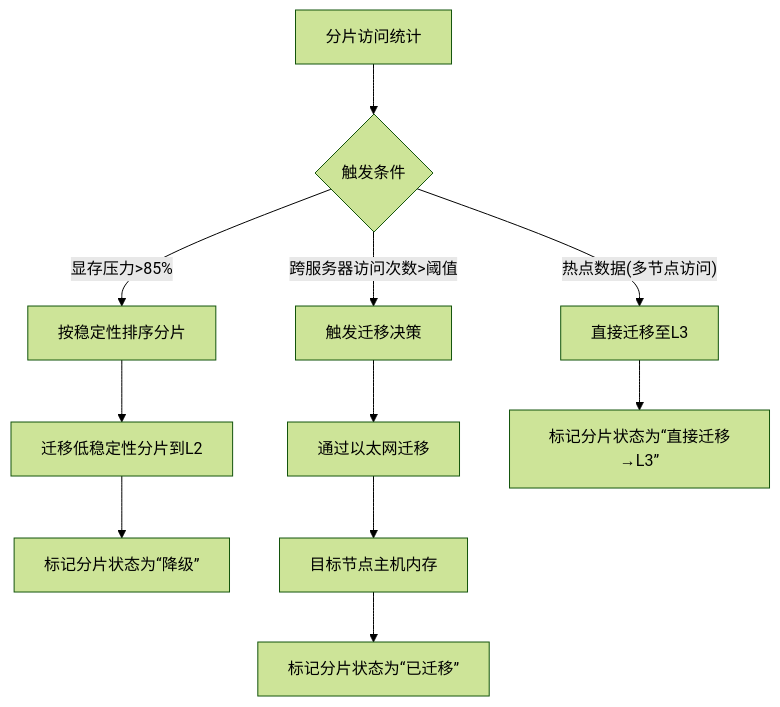
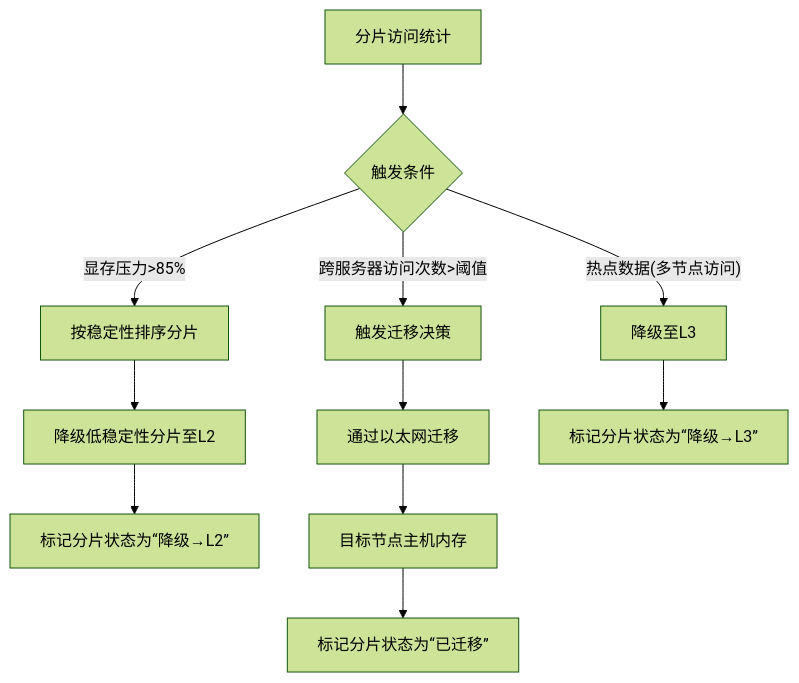
The third of 5 diagrams in README.md (hiicl/Helios-Calculation), drawn with Mermaid (forest theme) before and after one commit. The commit also changed other lines of this file, not shown here.

````diff
--- a/README.md
+++ b/README.md
@@ -177,13 +177,13 @@
 ```mermaid
 graph TB
     A[分片访问统计] --> B{触发条件}
     B -->|显存压力>85%| C[按稳定性排序分片]
     B -->|跨服务器访问次数>阈值| D[触发迁移决策]
-    B -->|"热点数据(多节点访问)"| E[直接迁移至L3]
-    C --> F[迁移低稳定性分片到L2]
-    F --> G[标记分片状态为“降级”]
+    B -->|"热点数据(多节点访问)"| E[降级至L3]
+    C --> F[降级低稳定性分片至L2]
+    F --> G[标记分片状态为“降级→L2”]
     D --> H[通过以太网迁移]
     H --> I[目标节点主机内存]
     I --> J[标记分片状态为“已迁移”]
-    E --> K[标记分片状态为“直接迁移→L3”]
+    E --> K[标记分片状态为“降级→L3”]
 ```
````
